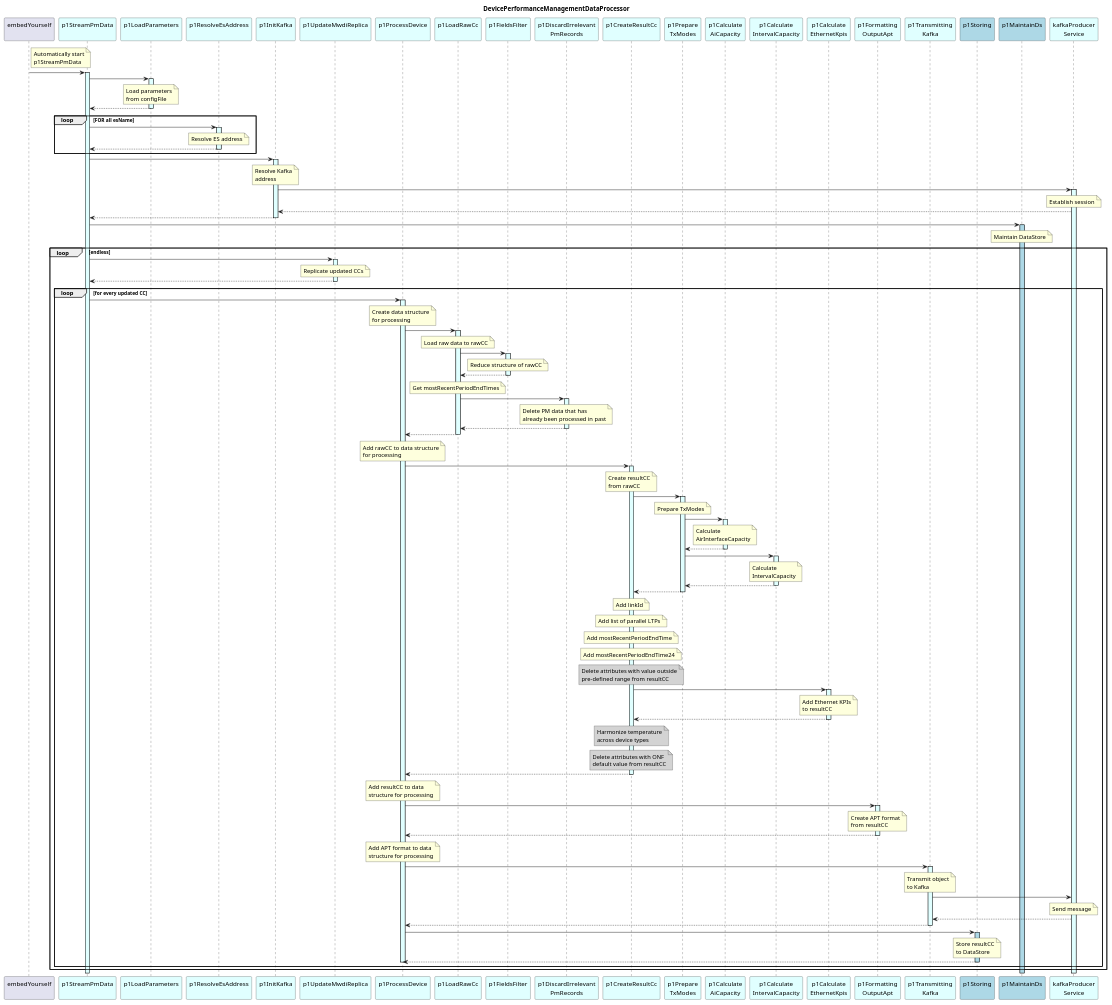
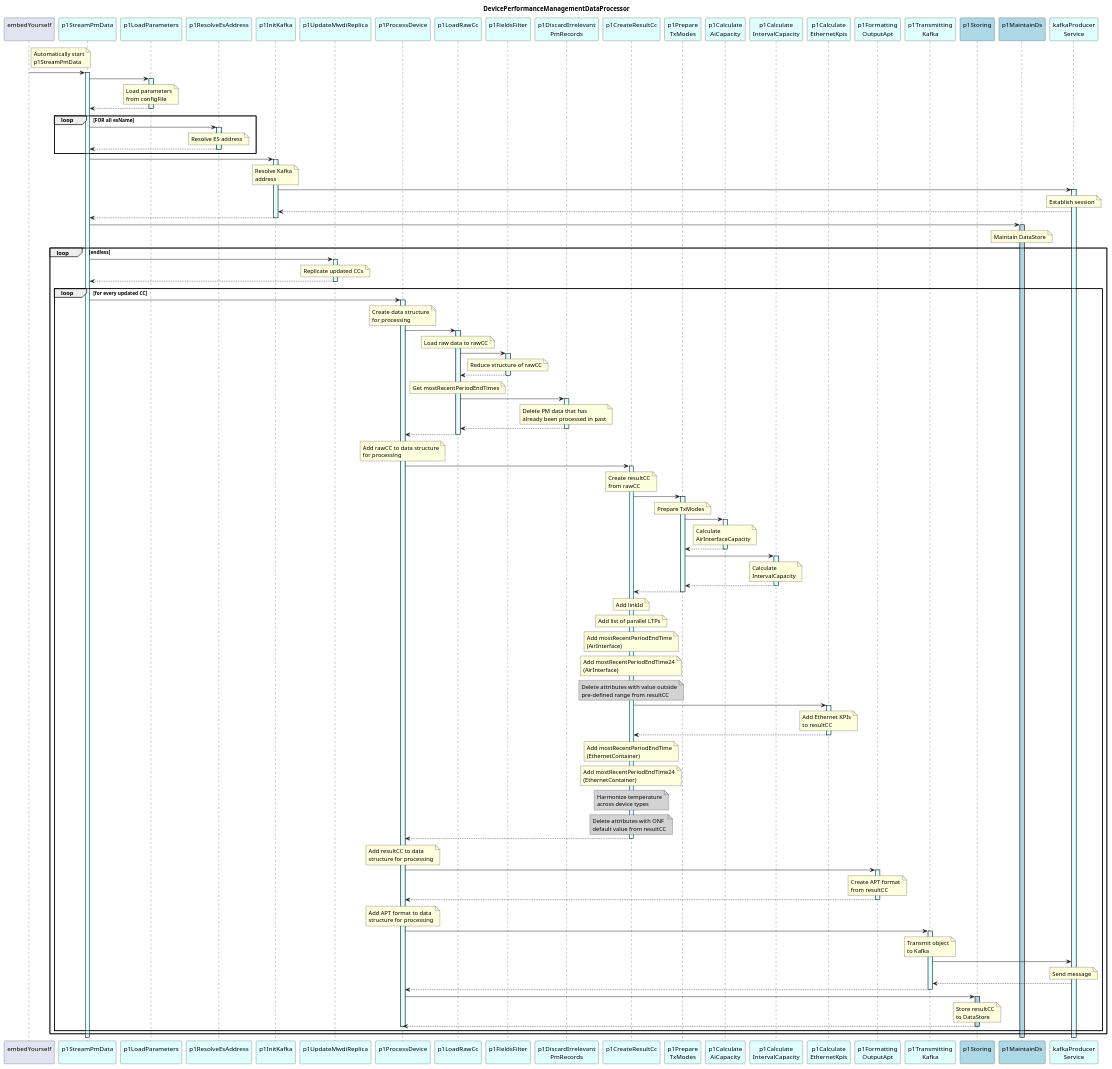
The diagram in spec/diagrams/hl_sequence.plantuml (openBackhaul/DevicePerformanceManagementDataProcessor), drawn with PlantUML before and after one commit. The commit also changed 1 other file, not shown here.

Commit message:
correct hl sequence diagram

```diff
--- a/spec/diagrams/hl_sequence.plantuml
+++ b/spec/diagrams/hl_sequence.plantuml
@@ -200,10 +200,12 @@
 
           note over p1CreateResultCc
             Add mostRecentPeriodEndTime
+            (AirInterface)
           end note
 
           note over p1CreateResultCc
             Add mostRecentPeriodEndTime24
+            (AirInterface)
           end note
 
           ' process outOfRange values ->
@@ -223,6 +225,16 @@
 
           p1CreateResultCc <-- p1EthKpi
           deactivate p1EthKpi
+
+          note over p1CreateResultCc
+            Add mostRecentPeriodEndTime
+            (EthernetContainer)
+          end note
+
+          note over p1CreateResultCc
+            Add mostRecentPeriodEndTime24
+            (EthernetContainer)
+          end note
 
           ' harmonize Temperature ->
           note over p1CreateResultCc #LightGray
```
